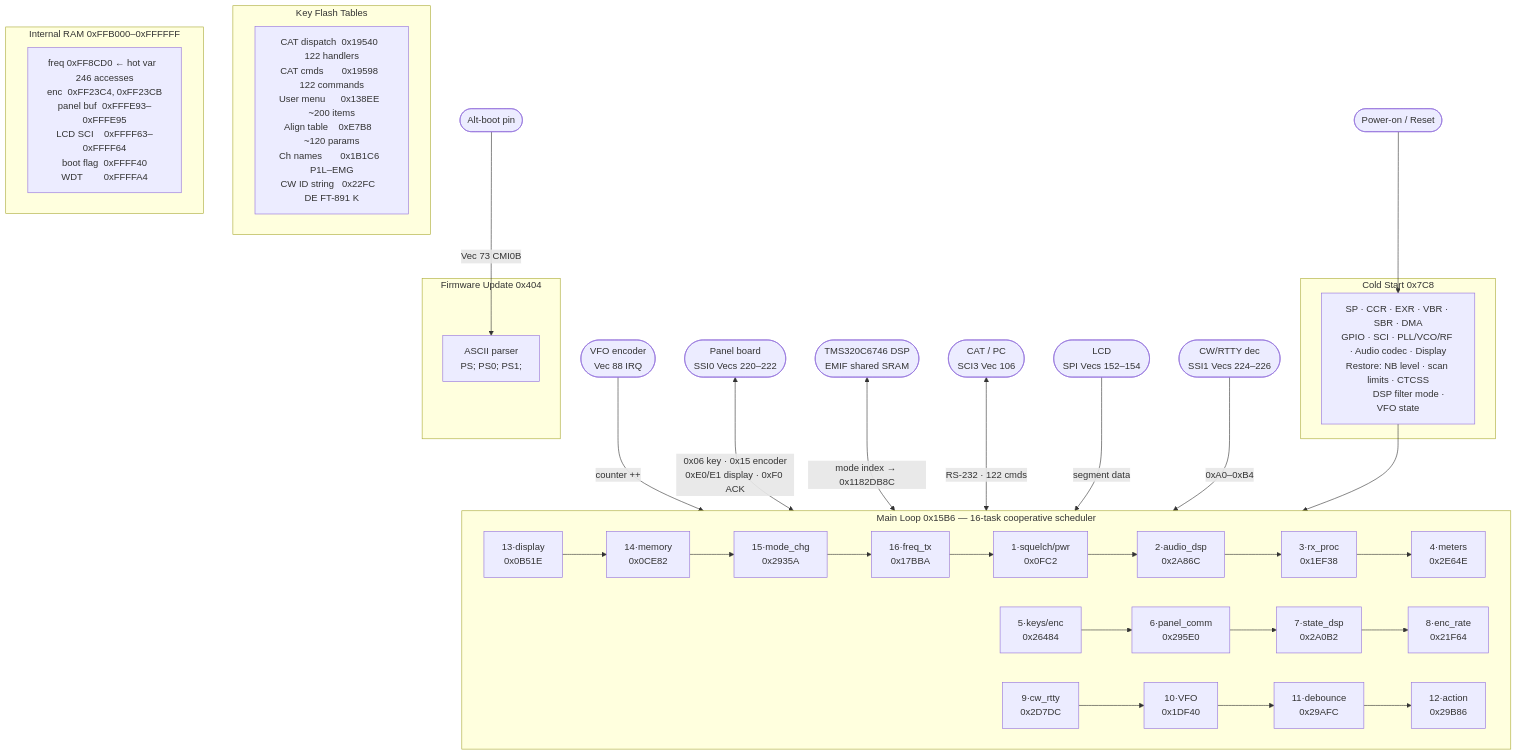
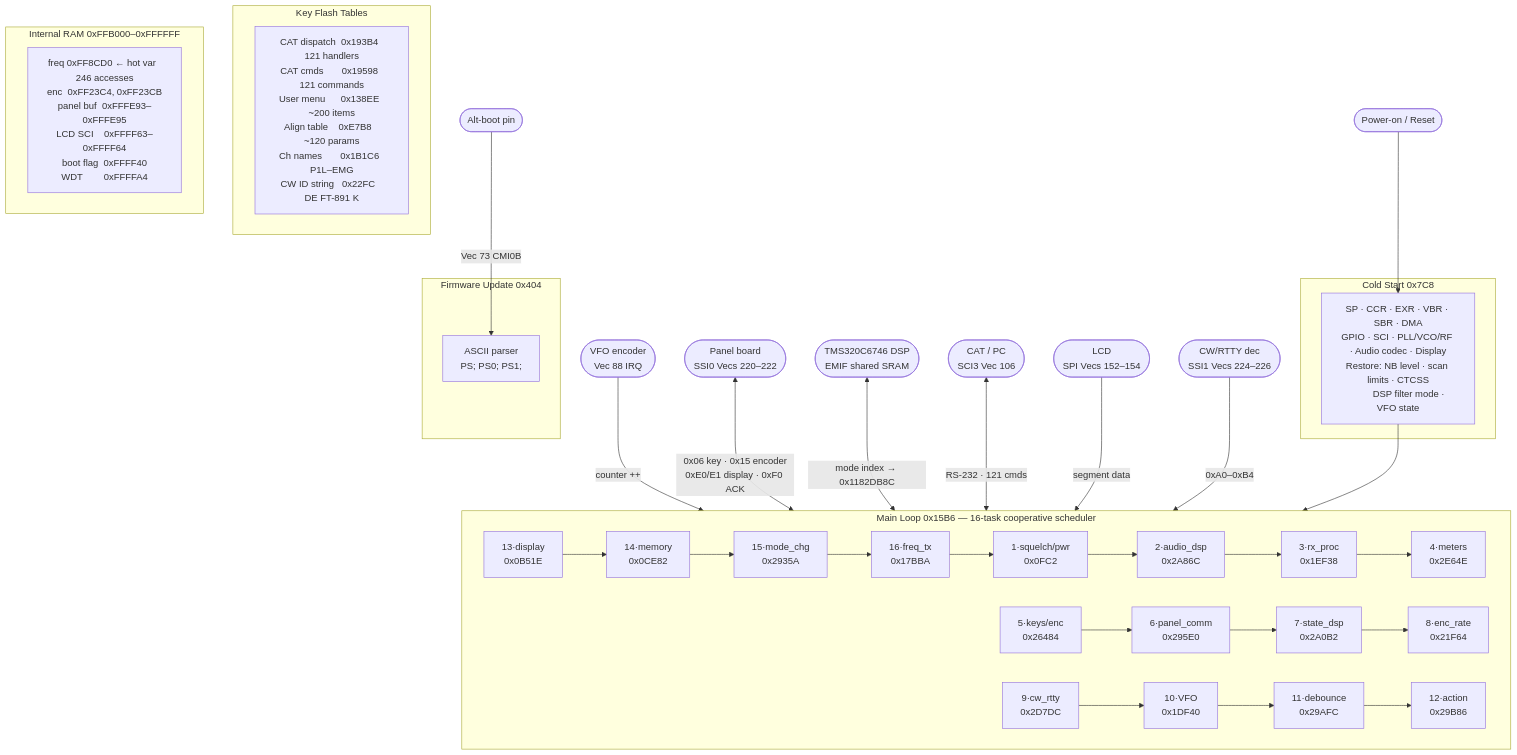
One commit to fventuri/ft891-internals changed the diagram in MAIN_FIRMWARE_ANALYSIS.md. Above: the diagram before and after it, drawn with Mermaid. The commit also changed other lines of this file and 2 other files, not shown here.

Commit message:
CAT codes analysis

````diff
--- a/MAIN_FIRMWARE_ANALYSIS.md
+++ b/MAIN_FIRMWARE_ANALYSIS.md
@@ -311,39 +590,39 @@
 ```mermaid
 flowchart TD
     POR(["Power-on / Reset"]) --> COLD
     ALT(["Alt-boot pin"]) -->|"Vec 73 CMI0B"| FWMODE
 
     subgraph INIT["Cold Start 0x7C8"]
         COLD["SP · CCR · EXR · VBR · SBR · DMA\nGPIO · SCI · PLL/VCO/RF · Audio codec · Display\nRestore: NB level · scan limits · CTCSS\n         DSP filter mode · VFO state"]
     end
 
     COLD --> ML
 
     subgraph FWU["Firmware Update 0x404"]
         FWMODE["ASCII parser\nPS;  PS0;  PS1;"]
     end
 
     subgraph ML["Main Loop 0x15B6 — 16-task cooperative scheduler"]
         direction LR
         T1["1·squelch/pwr\n0x0FC2"] --> T2["2·audio_dsp\n0x2A86C"] --> T3["3·rx_proc\n0x1EF38"] --> T4["4·meters\n0x2E64E"]
         T5["5·keys/enc\n0x26484"] --> T6["6·panel_comm\n0x295E0"] --> T7["7·state_dsp\n0x2A0B2"] --> T8["8·enc_rate\n0x21F64"]
         T9["9·cw_rtty\n0x2D7DC"] --> T10["10·VFO\n0x1DF40"] --> T11["11·debounce\n0x29AFC"] --> T12["12·action\n0x29B86"]
         T13["13·display\n0x0B51E"] --> T14["14·memory\n0x0CE82"] --> T15["15·mode_chg\n0x2935A"] --> T16["16·freq_tx\n0x17BBA"]
         T16 --> T1
     end
 
     ENC(["VFO encoder\nVec 88 IRQ"]) -->|"counter ++"| T5
     PANEL_B(["Panel board\nSSI0 Vecs 220–222"]) <-->|"0x06 key · 0x15 encoder\n0xE0/E1 display · 0xF0 ACK"| T6
     DSP_C(["TMS320C6746 DSP\nEMIF shared SRAM"]) <-->|"mode index → 0x1182DB8C"| T2
-    CATS(["CAT / PC\nSCI3 Vec 106"]) <-->|"RS-232 · 122 cmds"| T7
+    CATS(["CAT / PC\nSCI3 Vec 106"]) <-->|"RS-232 · 121 cmds"| T7
     LCDS(["LCD\nSPI Vecs 152–154"]) -->|"segment data"| T13
     CWDEC(["CW/RTTY dec\nSSI1 Vecs 224–226"]) -->|"0xA0–0xB4"| T9
 
     subgraph FLASH["Key Flash Tables"]
-        FD["CAT dispatch  0x19540  122 handlers\nCAT cmds       0x19598  122 commands\nUser menu      0x138EE  ~200 items\nAlign table    0xE7B8   ~120 params\nCh names       0x1B1C6  P1L–EMG\nCW ID string   0x22FC   DE FT-891 K"]
+        FD["CAT dispatch  0x193B4  121 handlers\nCAT cmds       0x19598  121 commands\nUser menu      0x138EE  ~200 items\nAlign table    0xE7B8   ~120 params\nCh names       0x1B1C6  P1L–EMG\nCW ID string   0x22FC   DE FT-891 K"]
     end
 
     subgraph SRAM["Internal RAM 0xFFB000–0xFFFFFF"]
         RD["freq 0xFF8CD0 ← hot var  246 accesses\nenc  0xFF23C4, 0xFF23CB\npanel buf  0xFFFE93–0xFFFE95\nLCD SCI    0xFFFF63–0xFFFF64\nboot flag  0xFFFF40\nWDT        0xFFFFA4"]
     end
 ```
````
